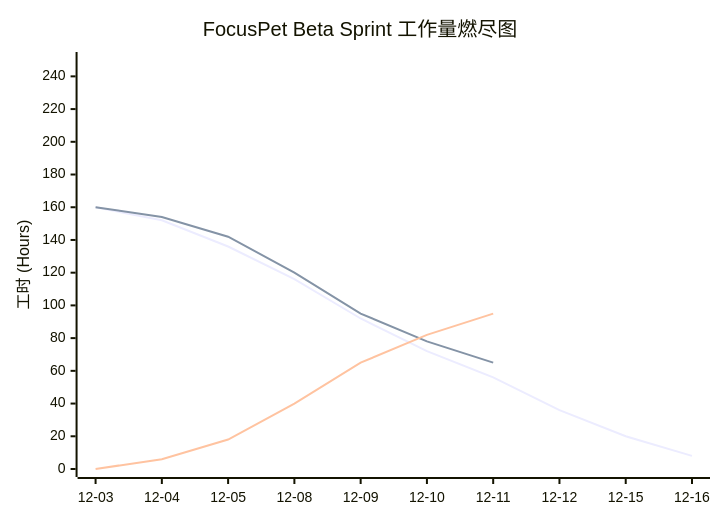
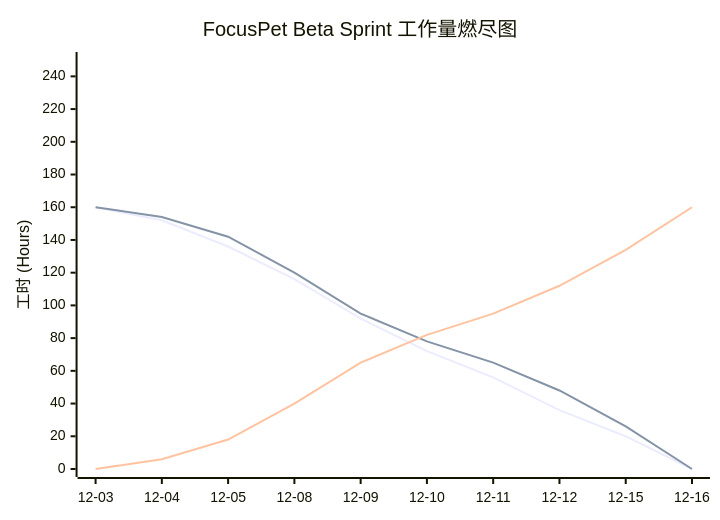
One commit to milkieTigera/milkieTigera.github.io changed the diagram in _posts/2025-12-10-blog-post-1.md. Above: the diagram before and after it, drawn with Mermaid. The commit also changed other lines of this file, not shown here.

````diff
--- a/_posts/2025-12-10-blog-post-1.md
+++ b/_posts/2025-12-10-blog-post-1.md
@@ -27,10 +30,10 @@
 ```mermaid
 %%{init: {'theme':'default'}}%%
 xychart-beta
     title "FocusPet Beta Sprint 工作量燃尽图"
     x-axis ["12-03", "12-04", "12-05", "12-08", "12-09", "12-10", "12-11", "12-12", "12-15", "12-16"]
     y-axis "工时 (Hours)" 0 --> 250
-    line "预估剩余时间" [160, 152, 136, 116, 92, 72, 56, 36, 20, 8, 0]
-    line "实际剩余时间" [160, 154, 142, 120, 95, 78, 65]
-    line "实际完成时间" [0, 6, 18, 40, 65, 82, 95]
+    line "预估剩余时间" [160, 152, 136, 116, 92, 72, 56, 36, 20, 0]
+    line "实际剩余时间" [160, 154, 142, 120, 95, 78, 65, 48, 26, 0]
+    line "实际完成时间" [0, 6, 18, 40, 65, 82, 95, 112, 134, 160]
 ```
````
